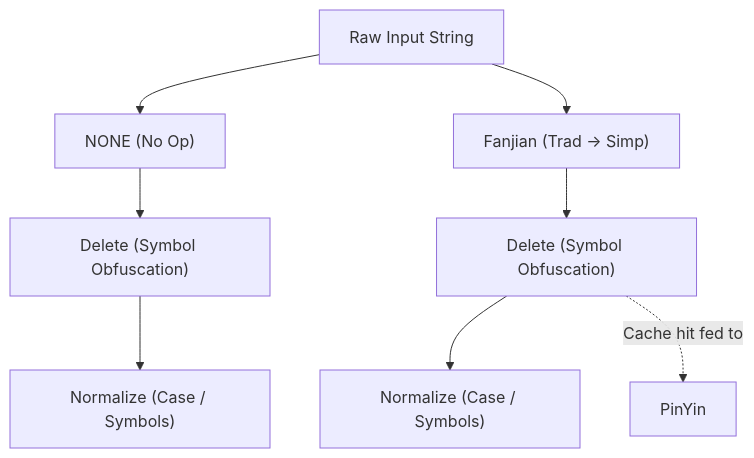
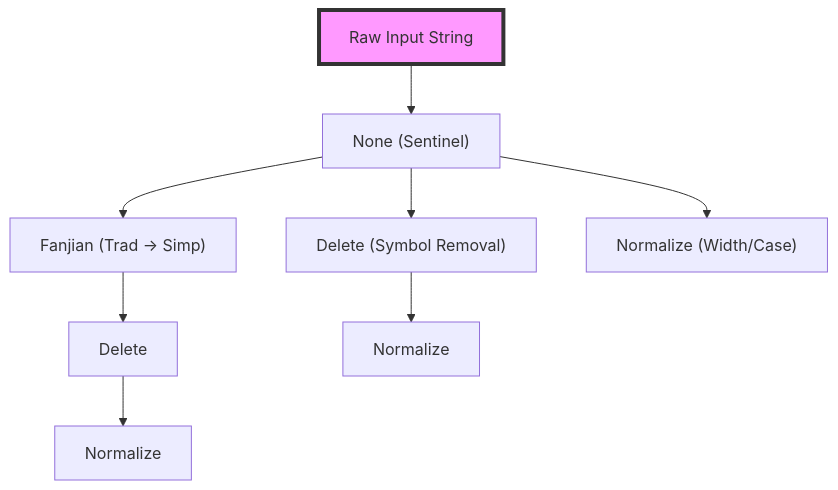
Before and after one commit to Lips7/Matcher: the first of 2 diagrams in DESIGN.md, drawn with Mermaid. The commit also changed other lines of this file, not shown here.

Commit message:
docs: Refactor and expand architectural design documentation to detail the text transformation pipeline, matching engine, and logical evaluation optimizations.

````diff
--- a/DESIGN.md
+++ b/DESIGN.md
@@ -106,13 +101,13 @@
 ```mermaid
-flowchart TD
-    Raw["Raw Input String"] --> None["NONE (No Op)"]
-    Raw --> Fanjian["Fanjian (Trad -> Simp)"]
-
-    Fanjian --> F_Delete["Delete (Symbol Obfuscation)"]
-    None --> N_Delete["Delete (Symbol Obfuscation)"]
-
-    F_Delete --> F_D_Norm["Normalize (Case / Symbols)"]
-    N_Delete --> N_Norm["Normalize (Case / Symbols)"]
-
-    F_Delete -.-> |Cache hit fed to| F_D_Pinyin["PinYin"]
+graph TD
+    Raw["Raw Input String"] --> None["None (Sentinel)"]
+    None --> Fanjian["Fanjian (Trad -> Simp)"]
+    None --> Delete["Delete (Symbol Removal)"]
+    None --> Normalize["Normalize (Width/Case)"]
+    
+    Fanjian --> F_Delete["Delete"]
+    Delete --> D_Normalize["Normalize"]
+    F_Delete --> F_D_Normalize["Normalize"]
+    
+    style Raw fill:#f9f,stroke:#333,stroke-width:4px
 ```
````
